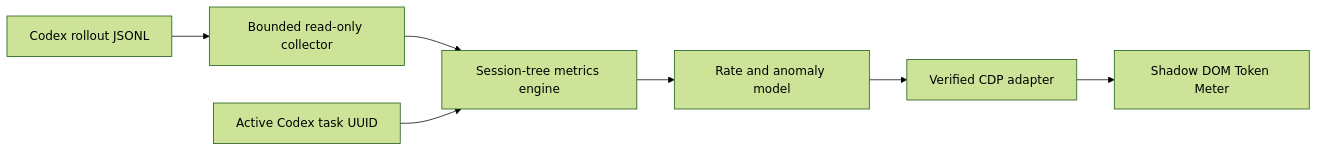
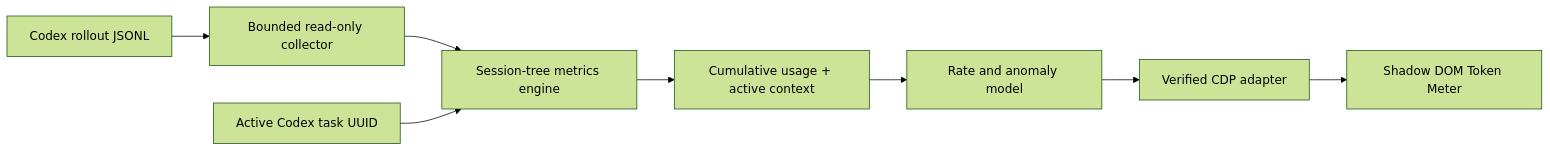
Before and after one commit to SergioChan/token-meter: the diagram in README.md, drawn with Mermaid (forest theme). The commit also changed other lines of this file and 7 other files, not shown here.

````diff
--- a/README.md
+++ b/README.md
@@ -127,9 +171,10 @@
 ```mermaid
 flowchart LR
   A["Codex rollout JSONL"] --> B["Bounded read-only collector"]
   B --> C["Session-tree metrics engine"]
-  C --> D["Rate and anomaly model"]
-  D --> E["Verified CDP adapter"]
-  E --> F["Shadow DOM Token Meter"]
-  G["Active Codex task UUID"] --> C
+  C --> D["Cumulative usage + active context"]
+  D --> E["Rate and anomaly model"]
+  E --> F["Verified CDP adapter"]
+  F --> G["Shadow DOM Token Meter"]
+  H["Active Codex task UUID"] --> C
 ```
````
